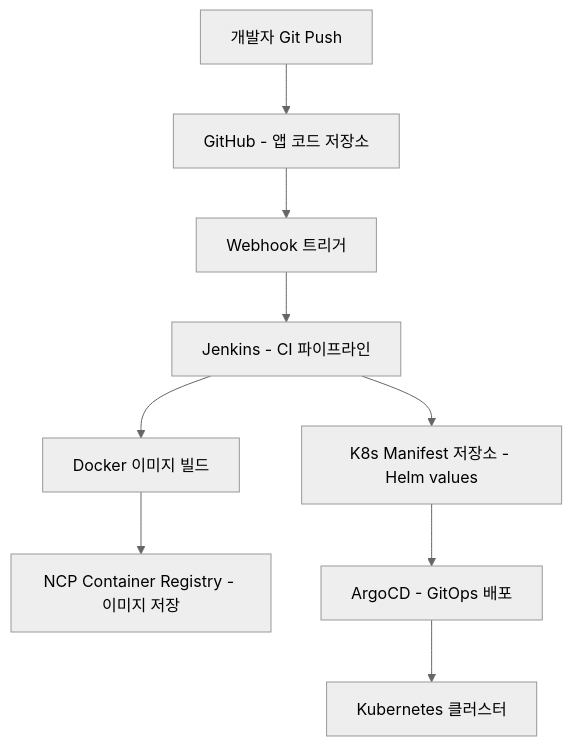
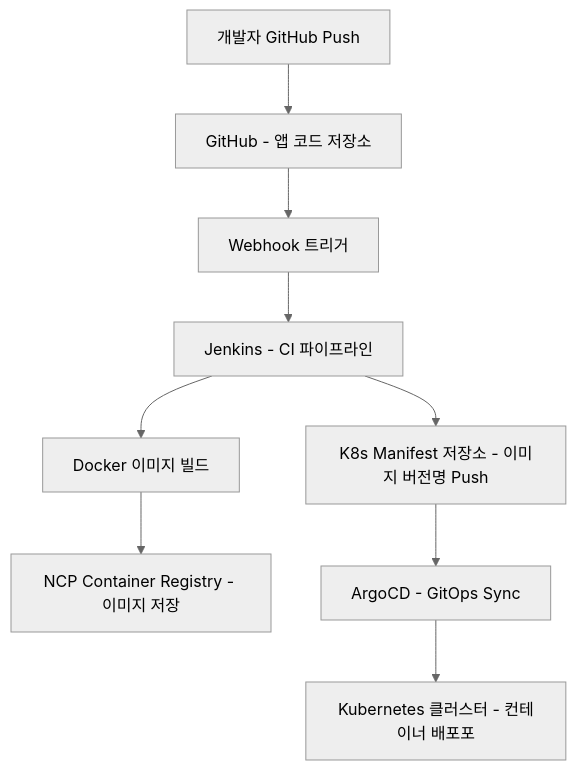
Before and after one commit to stylealist/sj-lab: the first of 2 diagrams in README.md, drawn with Mermaid (neutral theme). The commit also changed other lines of this file, not shown here.

Commit message:
아키텍처에 다른 부분 수정

````diff
--- a/README.md
+++ b/README.md
@@ -44,17 +42,17 @@
 ```mermaid
 graph TD
-  Dev[개발자 Git Push]
+  Dev[개발자 GitHub Push]
   GitHub[GitHub - 앱 코드 저장소]
   Webhook[Webhook 트리거]
   Jenkins[Jenkins - CI 파이프라인]
   DockerBuild[Docker 이미지 빌드]
   Registry["NCP Container Registry - 이미지 저장"]
-  ManifestRepo["K8s Manifest 저장소 - Helm values"]
-  ArgoCD[ArgoCD - GitOps 배포]
-  K8s[Kubernetes 클러스터]
+  ManifestRepo["K8s Manifest 저장소 - 이미지 버전명 Push"]
+  ArgoCD[ArgoCD - GitOps Sync]
+  K8s[Kubernetes 클러스터 - 컨테이너 배포포]
 
   Dev --> GitHub --> Webhook --> Jenkins
   Jenkins --> DockerBuild --> Registry
   Jenkins --> ManifestRepo
   ManifestRepo --> ArgoCD --> K8s
 ```
````
